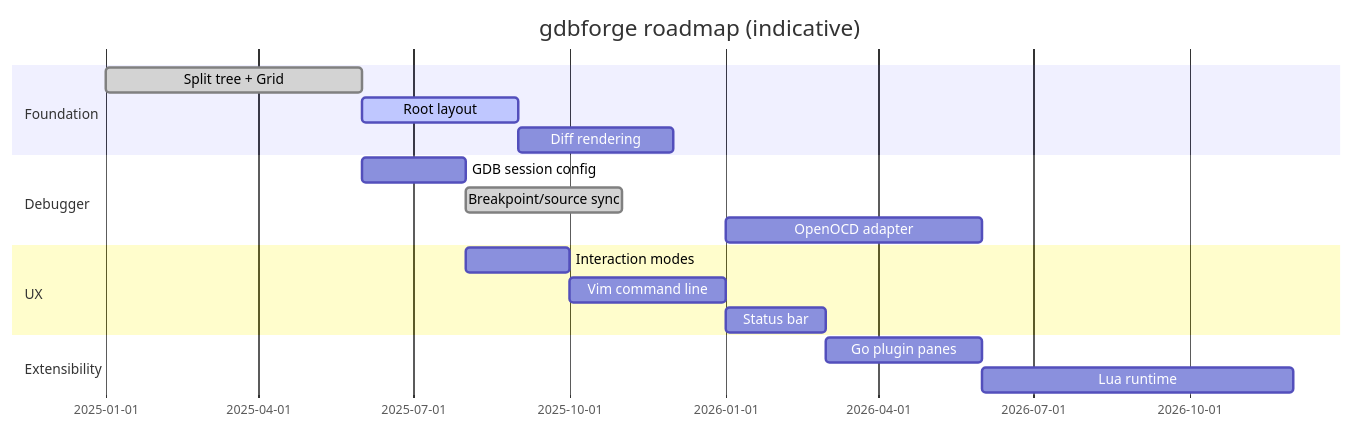
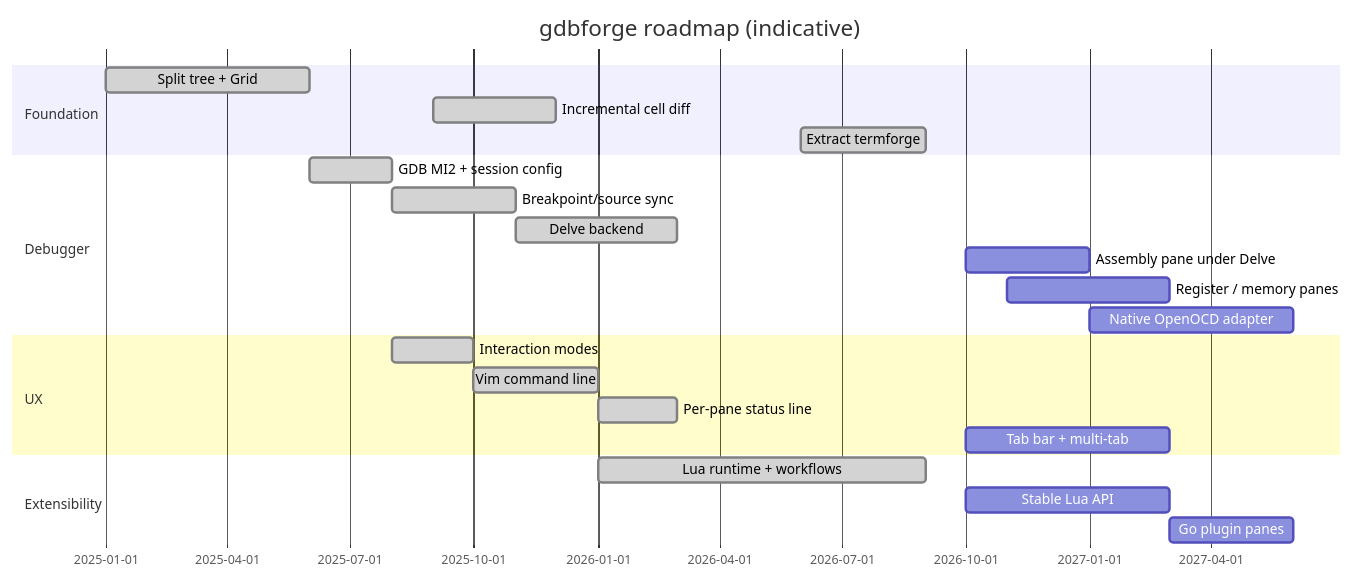
One commit to yairgd/gdbforge changed the diagram in docs/ROADMAP.md. Above: the diagram before and after it, drawn with Mermaid. The commit also changed other lines of this file and 16 other files, not shown here.

````diff
--- a/docs/ROADMAP.md
+++ b/docs/ROADMAP.md
@@ -77,20 +82,25 @@
 ```mermaid
 gantt
     title gdbforge roadmap (indicative)
     dateFormat YYYY-MM
     section Foundation
         Split tree + Grid           :done, m1, 2025-01, 2025-06
-        Root layout                 :active, m2, 2025-06, 2025-09
-        Diff rendering              :m3, 2025-09, 2025-12
+        Incremental cell diff       :done, m3, 2025-09, 2025-12
+        Extract termforge           :done, m15, 2026-06, 2026-09
     section Debugger
-        GDB session config          :m4, 2025-06, 2025-08
+        GDB MI2 + session config    :done, m4, 2025-06, 2025-08
         Breakpoint/source sync      :done, m5, 2025-08, 2025-11
-        OpenOCD adapter             :m6, 2026-01, 2026-06
+        Delve backend               :done, m12, 2025-11, 2026-03
+        Assembly pane under Delve   :m16, 2026-10, 2027-01
+        Register / memory panes     :m13, 2026-11, 2027-03
+        Native OpenOCD adapter      :m6, 2027-01, 2027-06
     section UX
-        Interaction modes           :m7, 2025-08, 2025-10
-        Vim command line            :m8, 2025-10, 2026-01
-        Status bar                  :m9, 2026-01, 2026-03
+        Interaction modes           :done, m7, 2025-08, 2025-10
+        Vim command line            :done, m8, 2025-10, 2026-01
+        Per-pane status line        :done, m9, 2026-01, 2026-03
+        Tab bar + multi-tab         :m2, 2026-10, 2027-03
     section Extensibility
-        Go plugin panes             :m10, 2026-03, 2026-06
-        Lua runtime                 :m11, 2026-06, 2026-12
+        Lua runtime + workflows     :done, m11, 2026-01, 2026-09
+        Stable Lua API              :m14, 2026-10, 2027-03
+        Go plugin panes             :m10, 2027-03, 2027-06
 ```
````
